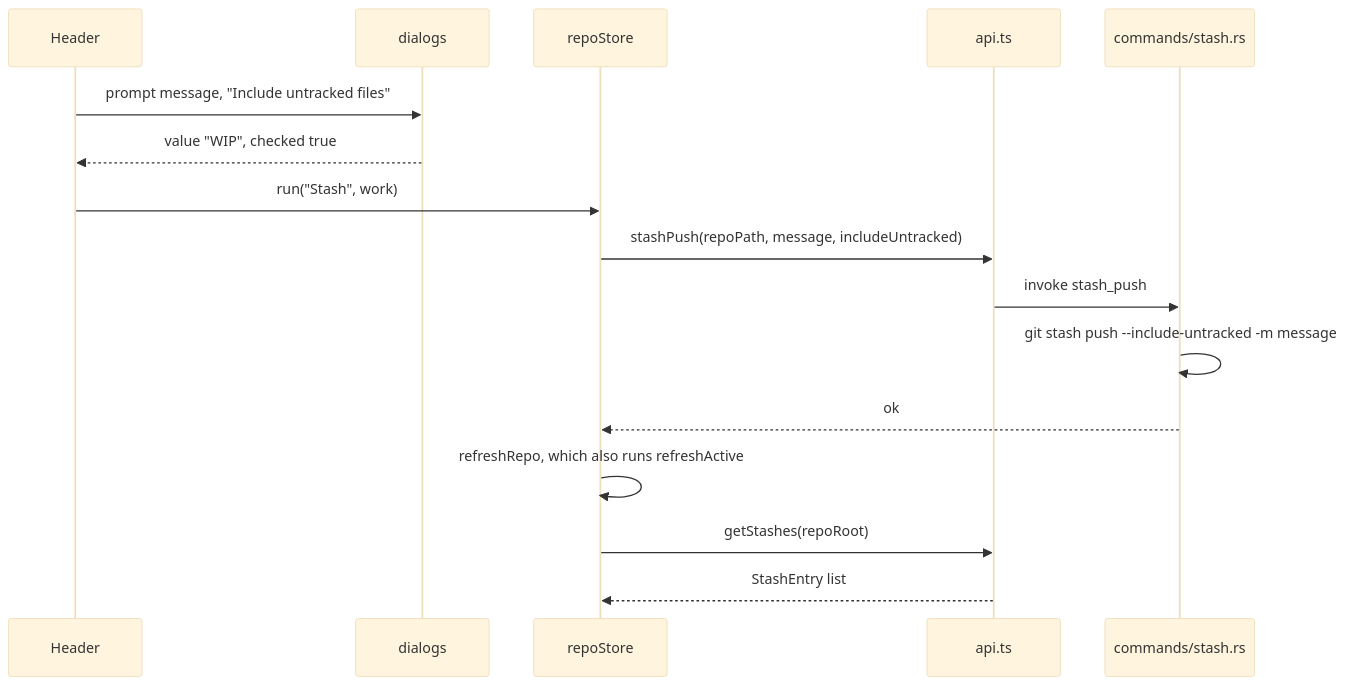
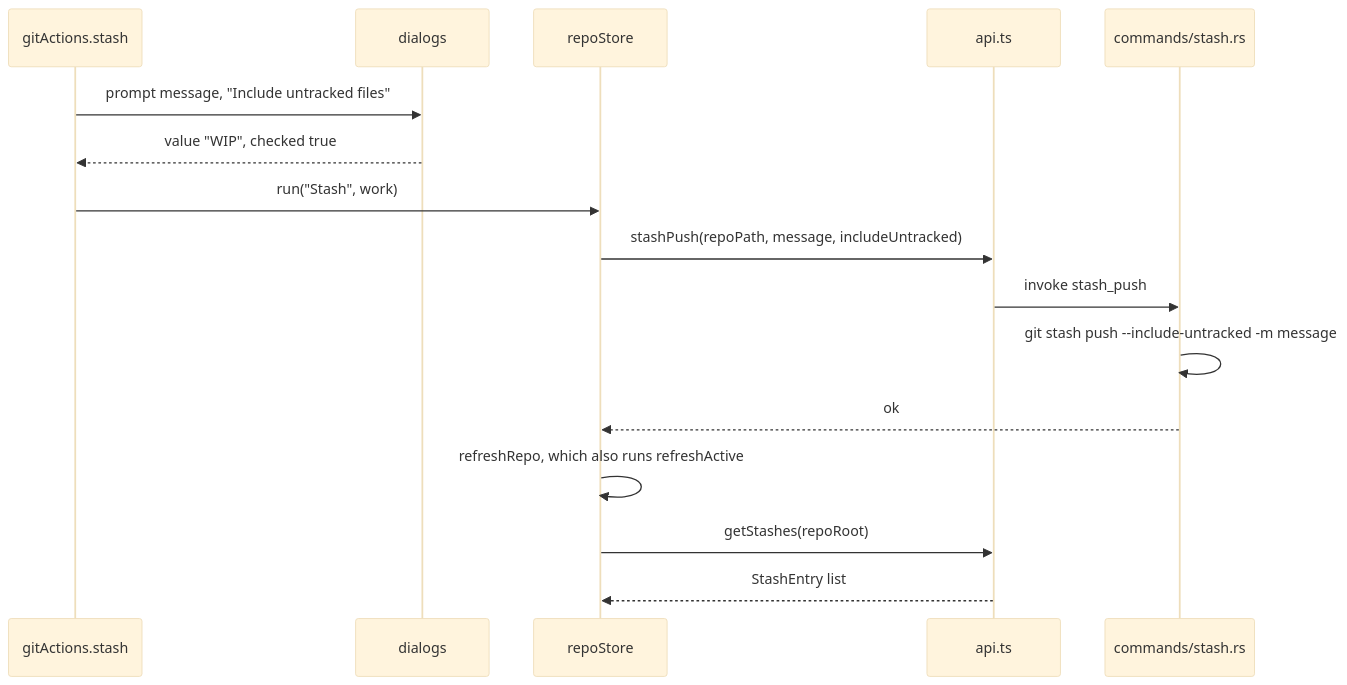
One commit to shibbirweb/git-manager changed the first of 2 diagrams in docs/wiki/developer/How-Stashes-Work.md. Above: the diagram before and after it, drawn with Mermaid (base theme). The commit also changed other lines of this file and 110 other files, not shown here.

````diff
--- a/docs/wiki/developer/How-Stashes-Work.md
+++ b/docs/wiki/developer/How-Stashes-Work.md
@@ -13,18 +13,18 @@
 ```mermaid
 sequenceDiagram
-    participant H as Header
+    participant H as gitActions.stash
     participant D as dialogs
     participant RS as repoStore
     participant API as api.ts
     participant CMD as commands/stash.rs
     H->>D: prompt message, "Include untracked files"
     D-->>H: value "WIP", checked true
     H->>RS: run("Stash", work)
     RS->>API: stashPush(repoPath, message, includeUntracked)
     API->>CMD: invoke stash_push
     CMD->>CMD: git stash push --include-untracked -m message
     CMD-->>RS: ok
     RS->>RS: refreshRepo, which also runs refreshActive
     RS->>API: getStashes(repoRoot)
     API-->>RS: StashEntry list
 ```
````
